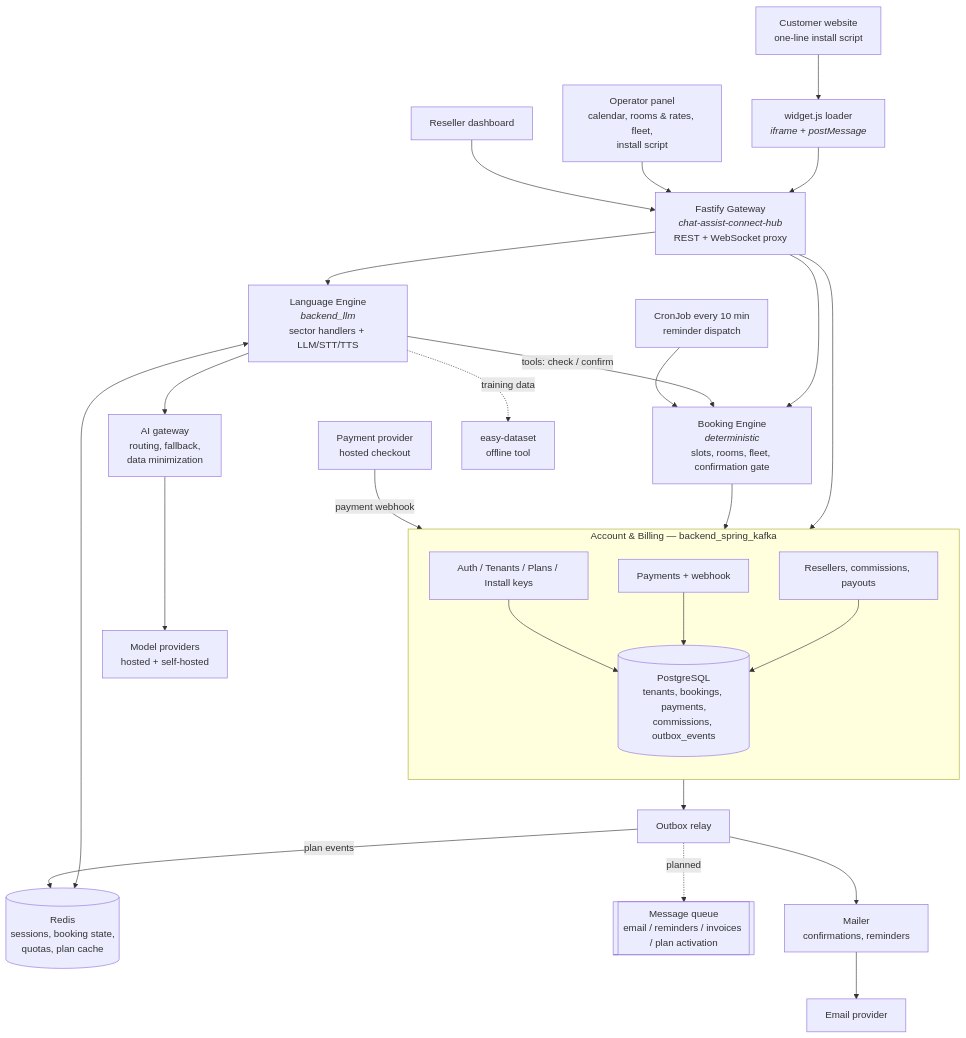
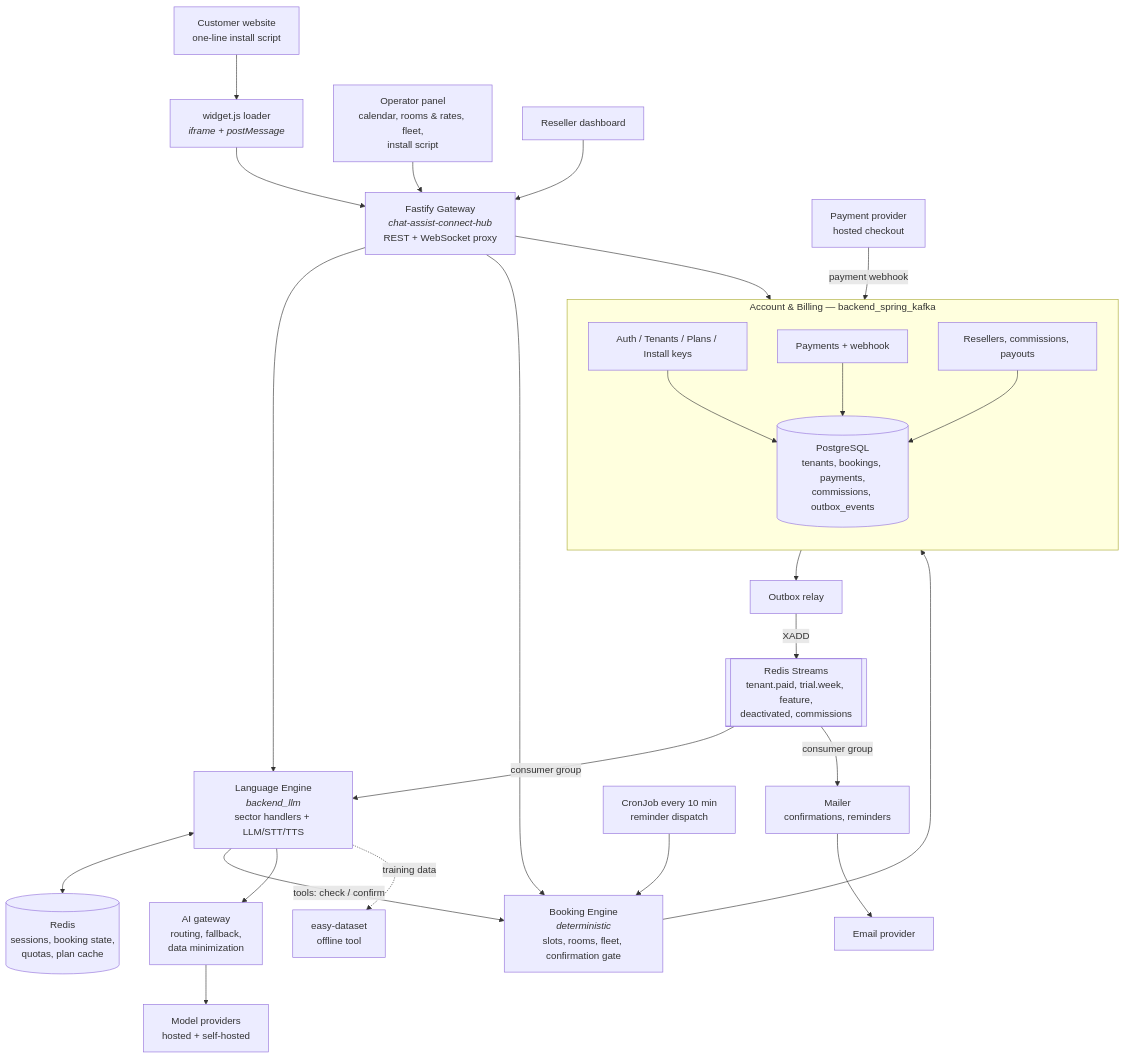
Before and after one commit to cloud-fullstack/architecture: the first of 3 diagrams in README.md, drawn with Mermaid. The commit also changed other lines of this file, not shown here.

````diff
--- a/README.md
+++ b/README.md
@@ -59,47 +57,47 @@
 ```mermaid
 graph TB
     W[Customer website<br/>one-line install script]
     W --> LOADER[widget.js loader<br/><i>iframe + postMessage</i>]
     LOADER --> GW
     OP[Operator panel<br/>calendar, rooms & rates, fleet,<br/>install script]
     RS[Reseller dashboard]
     OP --> GW
     RS --> GW
 
     GW[Fastify Gateway<br/><i>chat-assist-connect-hub</i><br/>REST + WebSocket proxy]
     GW --> ENGINE
     GW --> BOOK
     GW --> ACC
 
     ENGINE[Language Engine<br/><i>backend_llm</i><br/>sector handlers + LLM/STT/TTS]
     ENGINE <--> REDIS[(Redis<br/>sessions, booking state,<br/>quotas, plan cache)]
     ENGINE -->|tools: check / confirm| BOOK
     ENGINE --> AIGW[AI gateway<br/>routing, fallback,<br/>data minimization]
     AIGW --> MODELS[Model providers<br/>hosted + self-hosted]
 
     BOOK[Booking Engine<br/><i>deterministic</i><br/>slots, rooms, fleet, confirmation gate]
     BOOK --> PG
 
     subgraph BUSINESS [" Account & Billing — backend_spring_kafka "]
         direction TB
         ACC[Auth / Tenants / Plans / Install keys]
         PAY[Payments + webhook]
         RES[Resellers, commissions, payouts]
         ACC --> PG
         PAY --> PG
         RES --> PG
     end
 
     PSP[Payment provider<br/>hosted checkout] -->|payment webhook| PAY
 
     PG[(PostgreSQL<br/>tenants, bookings, payments,<br/>commissions, outbox_events)]
     PG --> RELAY[Outbox relay]
-    RELAY -.->|planned| MQ[[Message queue<br/>email / reminders / invoices / plan activation]]
-    RELAY --> MAIL
-    RELAY -->|plan events| REDIS
+    RELAY -->|XADD| STREAMS[[Redis Streams<br/>tenant.paid, trial.week, feature,<br/>deactivated, commissions]]
+    STREAMS -->|consumer group| ENGINE
+    STREAMS -->|consumer group| MAIL
 
     MAIL[Mailer<br/>confirmations, reminders] --> SMTP[Email provider]
     CRON[CronJob every 10 min<br/>reminder dispatch] --> BOOK
 
     ENGINE -.->|training data| ED[easy-dataset<br/>offline tool]
 ```
````
